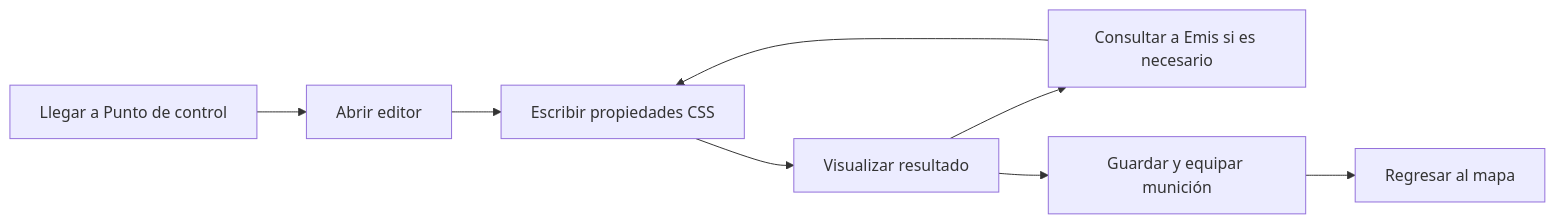
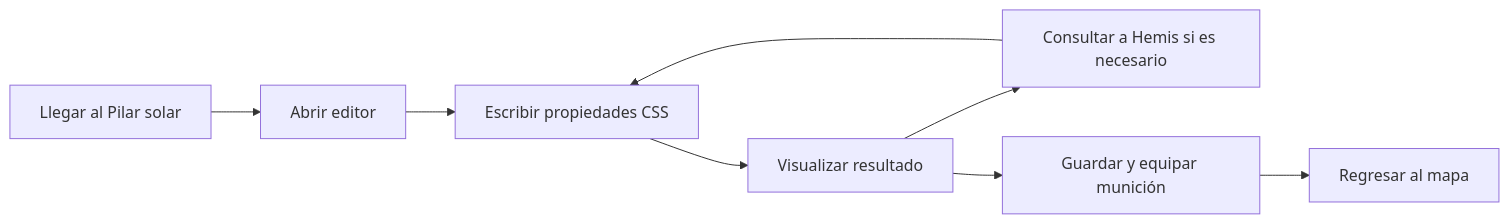
Before and after one commit to Jonathan-Bello/GDD-CSS: the third of 5 diagrams in src/content/progresion/otros-loops.md, drawn with Mermaid. The commit also changed other lines of this file and 64 other files, not shown here.

````diff
--- a/src/content/progresion/otros-loops.md
+++ b/src/content/progresion/otros-loops.md
@@ -49,10 +49,10 @@
 ```mermaid
 flowchart LR
-    A[Llegar a Punto de control] --> B[Abrir editor]
+    A[Llegar al Pilar solar] --> B[Abrir editor]
     B --> C[Escribir propiedades CSS]
     C --> D[Visualizar resultado]
-    D --> E[Consultar a Emis si es necesario]
+    D --> E[Consultar a Hemis si es necesario]
     E --> C
     D --> F[Guardar y equipar munición]
     F --> G[Regresar al mapa]
 ```
````
